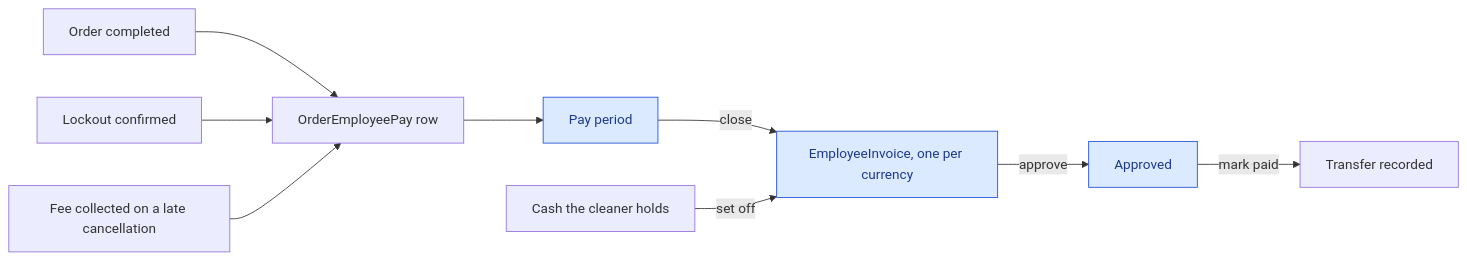
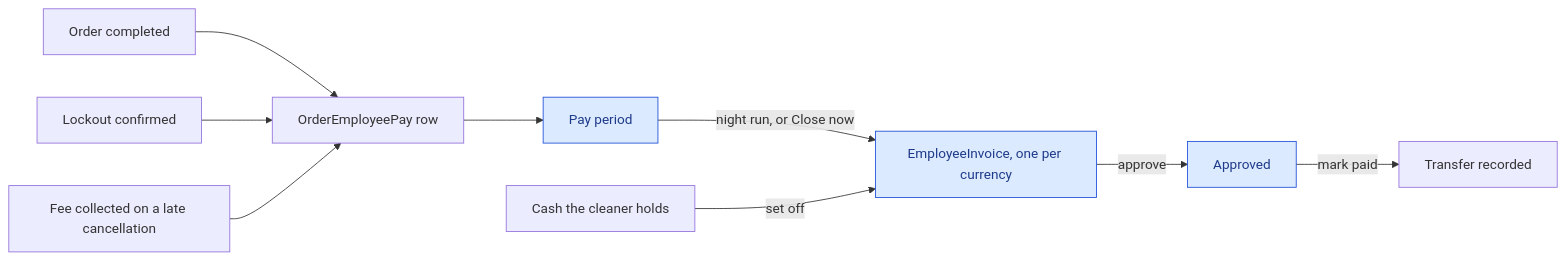
Before and after one commit to VM-s-Solutions/cleansia: the diagram in docs/flows/pay-and-payouts.md, drawn with Mermaid. The commit also changed other lines of this file and 32 other files, not shown here.

````diff
--- a/docs/flows/pay-and-payouts.md
+++ b/docs/flows/pay-and-payouts.md
@@ -8,14 +8,14 @@
 ```mermaid
 flowchart LR
   A[Order completed] --> B[OrderEmployeePay row]
   Y[Lockout confirmed] --> B
   X[Fee collected on a late cancellation] --> B
   B --> C[Pay period]
-  C -->|close| D[EmployeeInvoice, one per currency]
+  C -->|night run, or Close now| D[EmployeeInvoice, one per currency]
   L[Cash the cleaner holds] -->|set off| D
   D -->|approve| E[Approved]
   E -->|mark paid| F[Transfer recorded]
 
   classDef gate fill:#dbeafe,stroke:#1d4ed8,color:#1e3a8a
   class C,D,E gate
 ```
````
